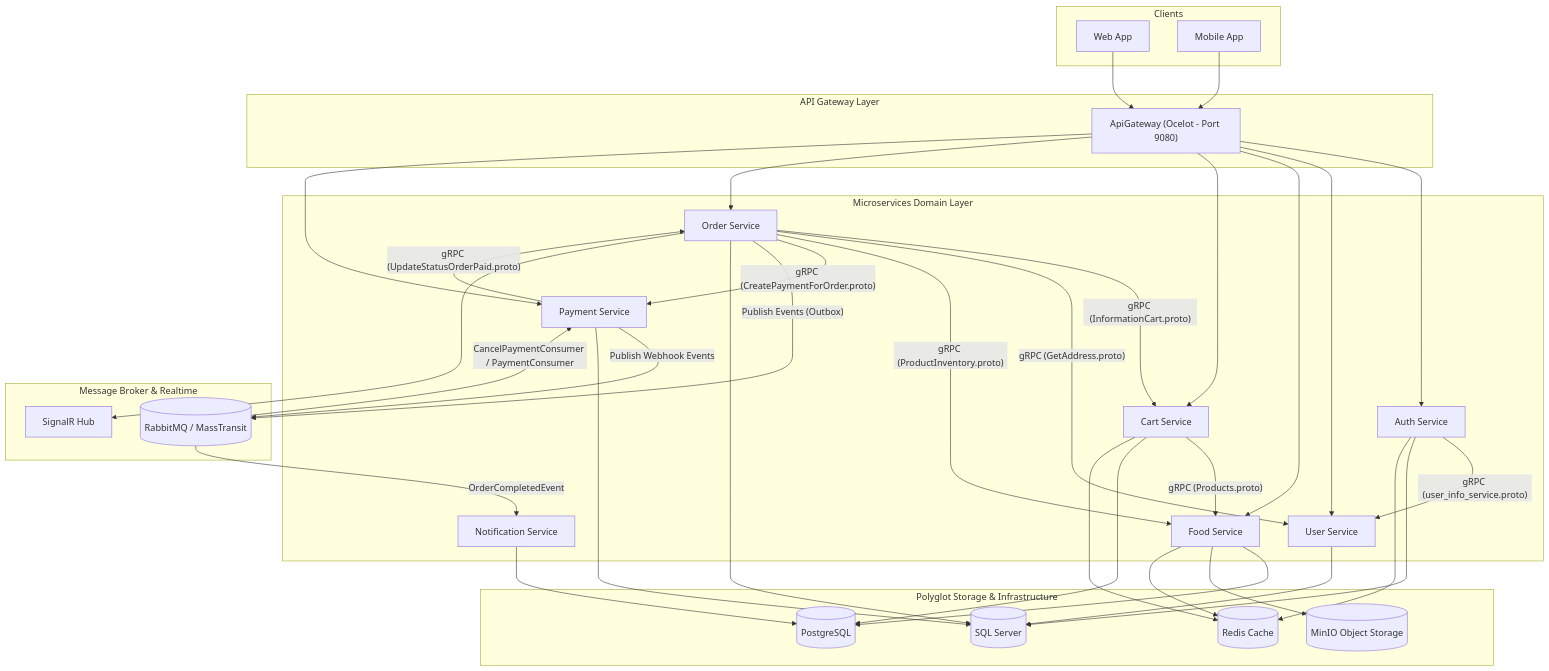
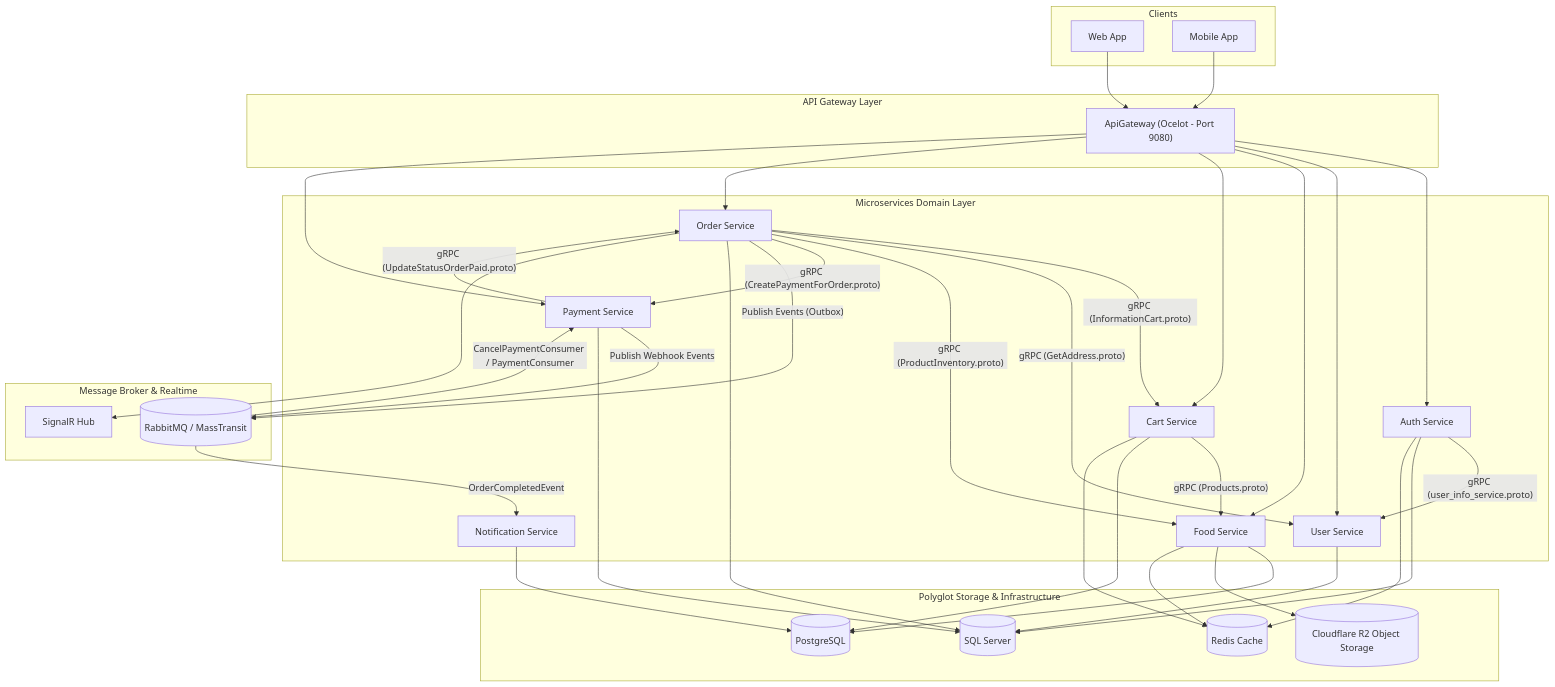
Before and after one commit to khongphaiduc/food-ordering-microservices-ddd: the diagram in README.md, drawn with Mermaid. The commit also changed other lines of this file, not shown here.

````diff
--- a/README.md
+++ b/README.md
@@ -47,74 +47,74 @@
 ```mermaid
 flowchart TB
     subgraph Clients["Clients"]
         Web["Web App"]
         Mobile["Mobile App"]
     end
 
     subgraph Ingress["API Gateway Layer"]
         Gateway["ApiGateway (Ocelot - Port 9080)"]
     end
 
     subgraph Services["Microservices Domain Layer"]
         Auth["Auth Service"]
         User["User Service"]
         Food["Food Service"]
         Cart["Cart Service"]
         Order["Order Service"]
         Payment["Payment Service"]
         Notif["Notification Service"]
     end
 
     subgraph Messaging["Message Broker & Realtime"]
         RabbitMQ[("RabbitMQ / MassTransit")]
         SignalR["SignalR Hub"]
     end
 
     subgraph Storage["Polyglot Storage & Infrastructure"]
         SQLServer[("SQL Server")]
         PostgreSQL[("PostgreSQL")]
         Redis[("Redis Cache")]
-        MinIO[("MinIO Object Storage")]
+        R2[("Cloudflare R2 Object Storage")]
     end
 
     %% Client & Gateway
     Web --> Gateway
     Mobile --> Gateway
     Gateway --> Auth
     Gateway --> User
     Gateway --> Food
     Gateway --> Cart
     Gateway --> Order
     Gateway --> Payment
 
     %% gRPC Service Connections
     Auth -- "gRPC (user_info_service.proto)" --> User
     Cart -- "gRPC (Products.proto)" --> Food
     Order -- "gRPC (InformationCart.proto)" --> Cart
     Order -- "gRPC (GetAddress.proto)" --> User
     Order -- "gRPC (ProductInventory.proto)" --> Food
     Order -- "gRPC (CreatePaymentForOrder.proto)" --> Payment
     Payment -- "gRPC (UpdateStatusOrderPaid.proto)" --> Order
 
     %% Event Driven & Messaging
     Order -- "Publish Events (Outbox)" --> RabbitMQ
     Payment -- "Publish Webhook Events" --> RabbitMQ
     RabbitMQ -- "OrderCompletedEvent" --> Notif
     RabbitMQ -- "CancelPaymentConsumer / PaymentConsumer" --> Payment
 
     %% Databases & Storage
     Auth --> SQLServer
     User --> SQLServer
     Order --> SQLServer
     Payment --> SQLServer
     
     Food --> PostgreSQL
     Cart --> PostgreSQL
     Notif --> PostgreSQL
 
-    Food --> MinIO
+    Food --> R2
     Food --> Redis
     Cart --> Redis
     Auth --> Redis
     Order --> SignalR
 ```
````
